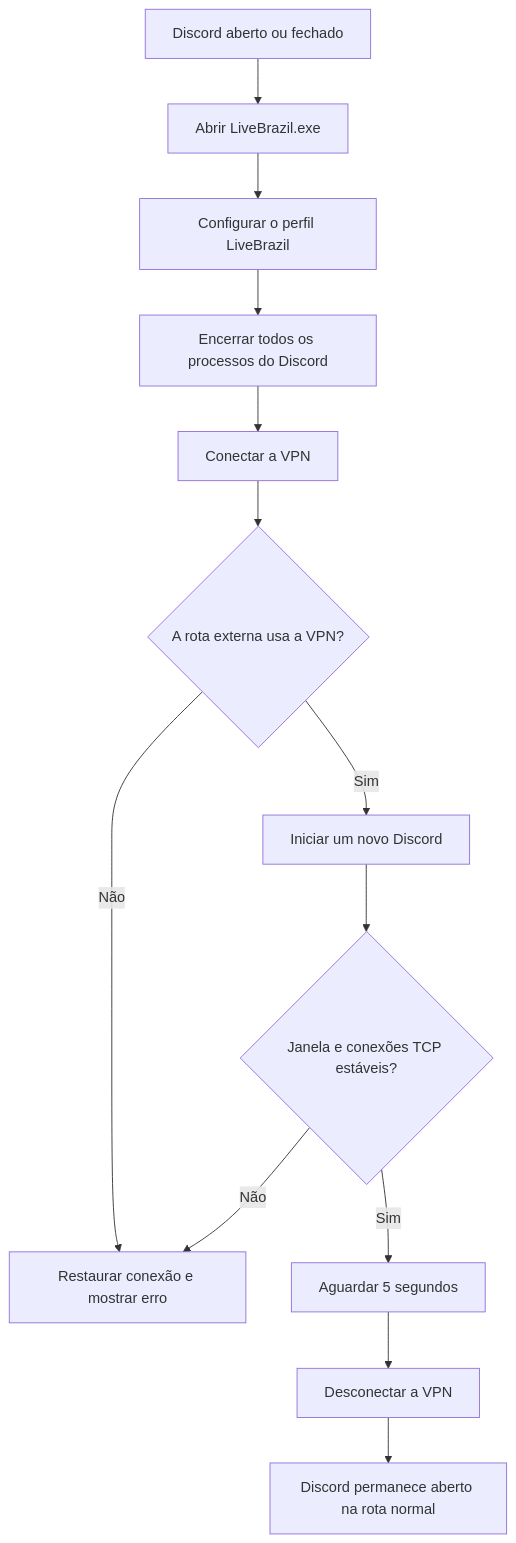
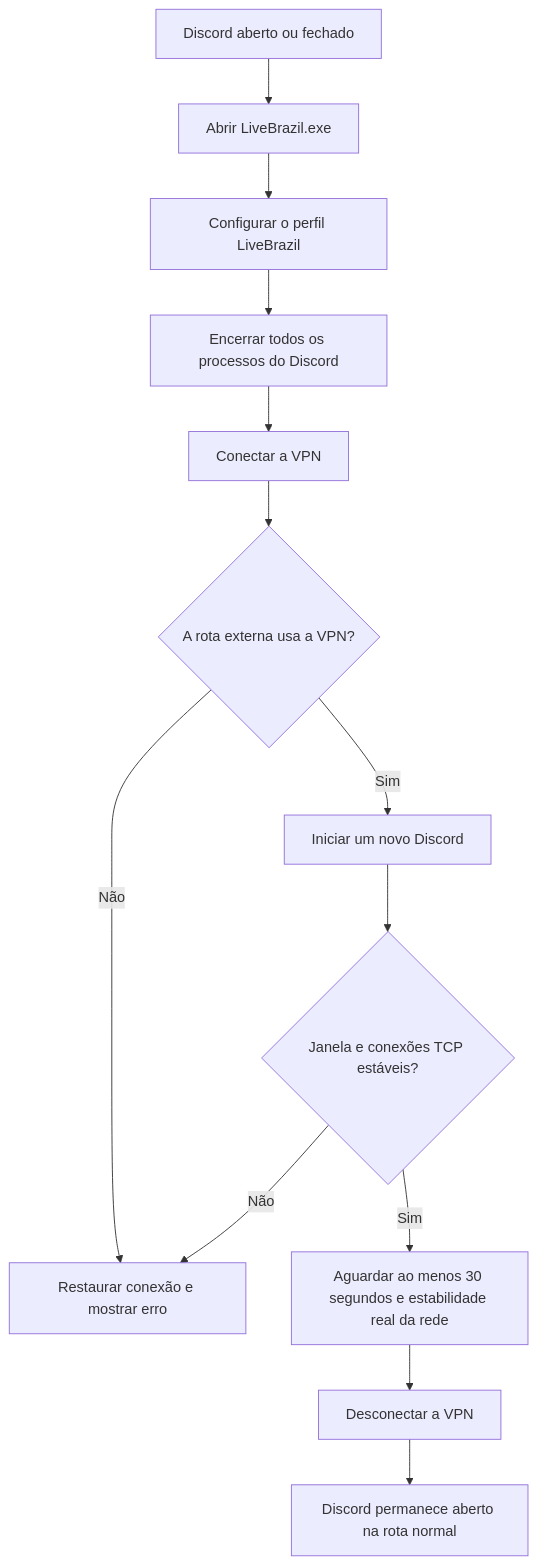
Before and after one commit to wnonynous/livebrazil: the diagram in README.md, drawn with Mermaid. The commit also changed 2 other files, not shown here.

Commit message:
Aguardar estabilização do Discord pela VPN

````diff
--- a/README.md
+++ b/README.md
@@ -39,15 +39,15 @@
 ```mermaid
 flowchart TD
     A[Discord aberto ou fechado] --> B[Abrir LiveBrazil.exe]
     B --> C[Configurar o perfil LiveBrazil]
     C --> D[Encerrar todos os processos do Discord]
     D --> E[Conectar a VPN]
     E --> F{A rota externa usa a VPN?}
     F -- Não --> X[Restaurar conexão e mostrar erro]
     F -- Sim --> G[Iniciar um novo Discord]
     G --> H{Janela e conexões TCP estáveis?}
     H -- Não --> X
-    H -- Sim --> I[Aguardar 5 segundos]
+    H -- Sim --> I[Aguardar ao menos 30 segundos e estabilidade real da rede]
     I --> J[Desconectar a VPN]
     J --> K[Discord permanece aberto na rota normal]
 ```
````
